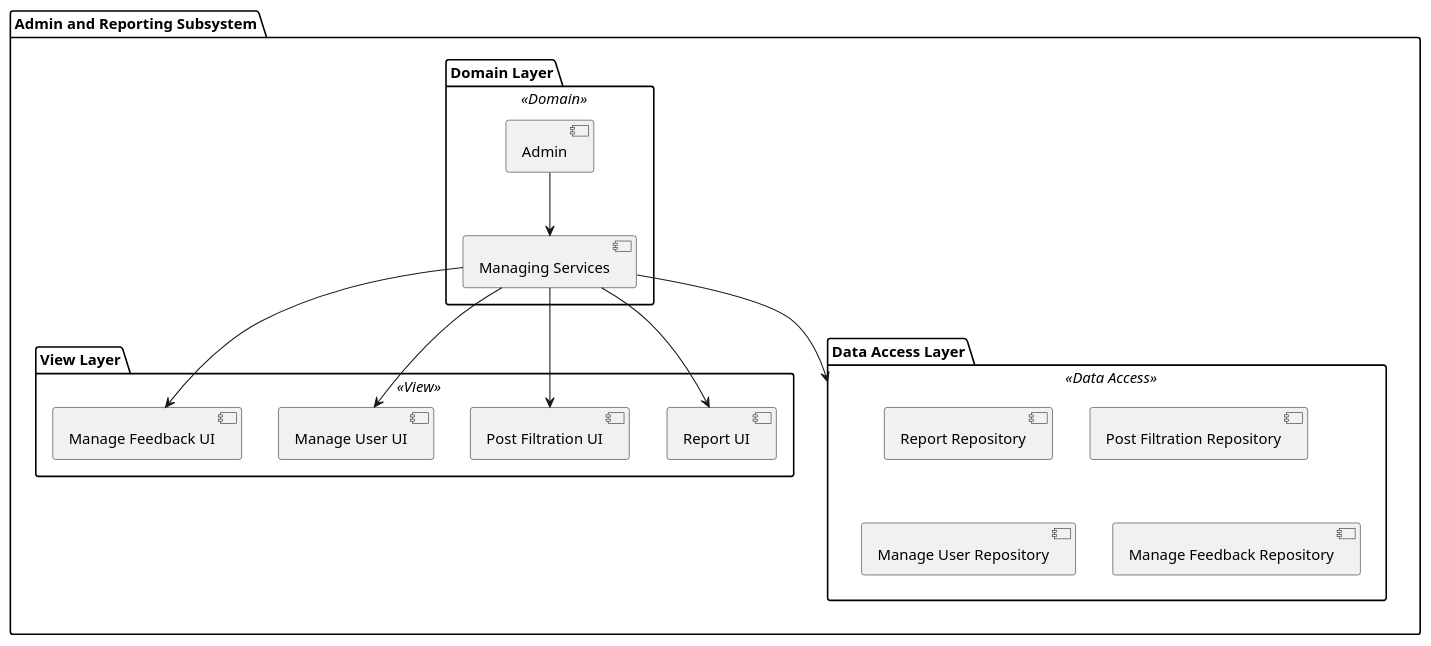
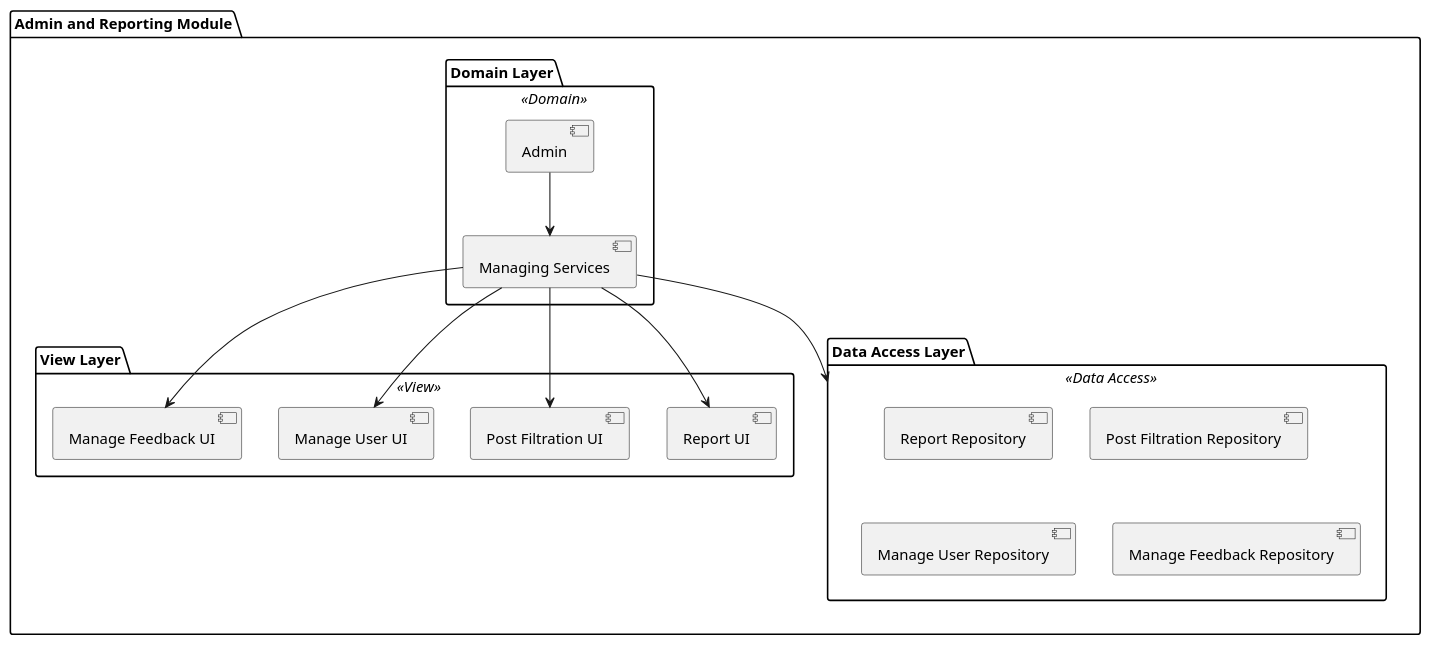
Before and after one commit to drshahizan/software-engineering: the diagram in project/drawio/Systema/SDD/AdminReportingModuke/admin_reportting_package.plantuml, drawn with PlantUML.

```diff
--- a/project/drawio/Systema/SDD/AdminReportingModuke/admin_reportting_package.plantuml
+++ b/project/drawio/Systema/SDD/AdminReportingModuke/admin_reportting_package.plantuml
@@ -1,31 +1,31 @@
 @startuml admin_and_reporting_package_diagram
 
-package "Admin and Reporting Subsystem"{
+package "Admin and Reporting Module"{
   package "Domain Layer" <<Domain>> {
     [Admin]
     [Managing Services]
 }
 
   package "View Layer" <<View>> {
     [Report UI]
     [Post Filtration UI]
     [Manage User UI]
     [Manage Feedback UI]
 }
   
   package "Data Access Layer" <<Data Access>> {
     [Report Repository]
     [Post Filtration Repository]
     [Manage User Repository]
     [Manage Feedback Repository]
   }
 
 
 [Admin] --> [Managing Services]
 [Managing Services] --> [Post Filtration UI]
 [Managing Services] --> [Manage User UI]
 [Managing Services] --> [Report UI]
 [Managing Services] --> [Manage Feedback UI]
 [Managing Services] --> "Data Access Layer"
 
 @enduml
```
